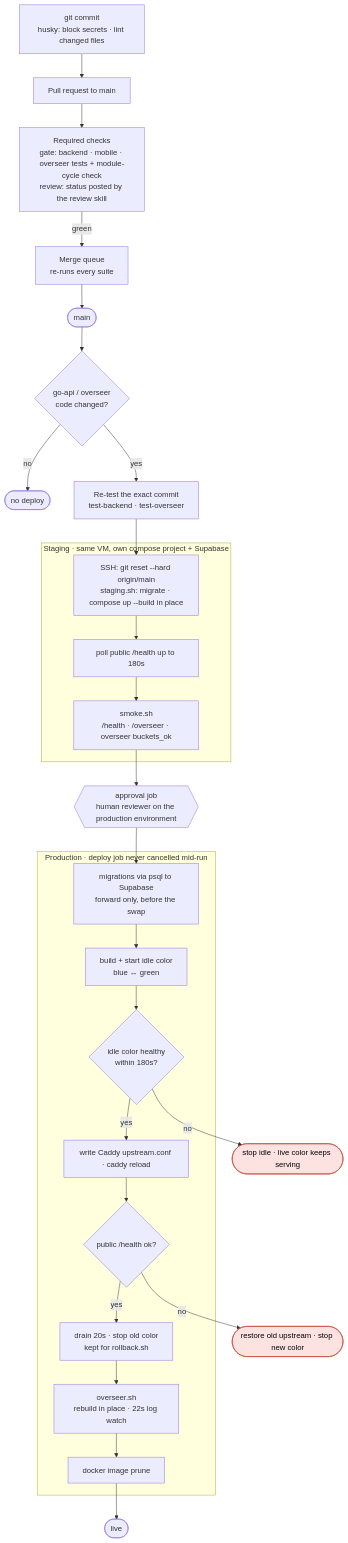
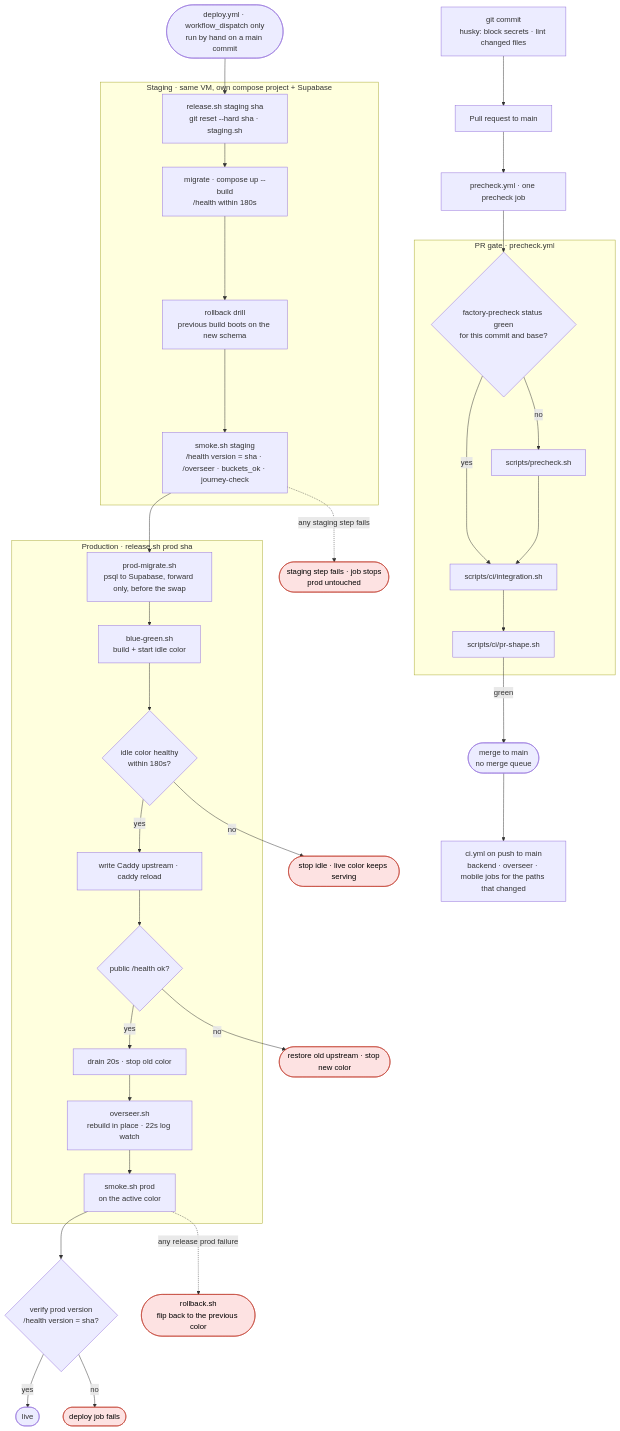
One commit to aleburrascano/altune changed the first of 2 diagrams in docs/diagrams/delivery.md. Above: the diagram before and after it, drawn with Mermaid. The commit also changed other lines of this file and 109 other files, not shown here.

````diff
--- a/docs/diagrams/delivery.md
+++ b/docs/diagrams/delivery.md
@@ -7,42 +7,59 @@
 ```mermaid
 flowchart TD
     commit["git commit<br/>husky: block secrets · lint changed files"] --> pr["Pull request to main"]
-    pr --> gate["Required checks<br/>gate: backend · mobile · overseer tests + module-cycle check<br/>review: status posted by the review skill"]
-    gate -->|green| mq["Merge queue<br/>re-runs every suite"]
-    mq --> main(["main"])
-    main --> changed{"go-api / overseer<br/>code changed?"}
-    changed -->|no| skip(["no deploy"])
-    changed -->|yes| retest["Re-test the exact commit<br/>test-backend · test-overseer"]
+    pr --> precheck["precheck.yml · one precheck job"]
+
+    subgraph gate [PR gate · precheck.yml]
+        trusted{"factory-precheck status green<br/>for this commit and base?"}
+        full["scripts/precheck.sh"]
+        integ["scripts/ci/integration.sh"]
+        shape["scripts/ci/pr-shape.sh"]
+        trusted -->|yes| integ
+        trusted -->|no| full --> integ --> shape
+    end
+
+    precheck --> trusted
+    shape -->|green| main(["merge to main<br/>no merge queue"])
+    main --> ci["ci.yml on push to main<br/>backend · overseer · mobile jobs for the paths that changed"]
+
+    dispatch(["deploy.yml · workflow_dispatch only<br/>run by hand on a main commit"])
 
     subgraph staging [Staging · same VM, own compose project + Supabase]
-        st_deploy["SSH: git reset --hard origin/main<br/>staging.sh: migrate · compose up --build in place"]
-        st_health["poll public /health up to 180s"]
-        smoke["smoke.sh<br/>/health · /overseer · overseer buckets_ok"]
-        st_deploy --> st_health --> smoke
+        st_release["release.sh staging sha<br/>git reset --hard sha · staging.sh"]
+        st_up["migrate · compose up --build<br/>/health within 180s"]
+        drill["rollback drill<br/>previous build boots on the new schema"]
+        smoke["smoke.sh staging<br/>/health version = sha · /overseer · buckets_ok · journey-check"]
+        st_release --> st_up --> drill --> smoke
     end
 
-    retest --> st_deploy
-    smoke --> approve{{"approval job<br/>human reviewer on the production environment"}}
+    dispatch --> st_release
 
-    subgraph live_env [Production · deploy job never cancelled mid-run]
-        migrate["migrations via psql to Supabase<br/>forward only, before the swap"]
-        build["build + start idle color<br/>blue ↔ green"]
+    subgraph live_env [Production · release.sh prod sha]
+        migrate["prod-migrate.sh<br/>psql to Supabase, forward only, before the swap"]
+        build["blue-green.sh<br/>build + start idle color"]
         healthy{"idle color healthy<br/>within 180s?"}
-        flip["write Caddy upstream.conf · caddy reload"]
+        flip["write Caddy upstream · caddy reload"]
         verify{"public /health ok?"}
-        drain["drain 20s · stop old color<br/>kept for rollback.sh"]
+        drain["drain 20s · stop old color"]
         overseer["overseer.sh<br/>rebuild in place · 22s log watch"]
-        prune["docker image prune"]
+        psmoke["smoke.sh prod<br/>on the active color"]
         migrate --> build --> healthy
         healthy -->|yes| flip --> verify
-        verify -->|yes| drain --> overseer --> prune
+        verify -->|yes| drain --> overseer --> psmoke
     end
 
-    approve --> migrate
+    smoke --> migrate
+    psmoke --> version{"verify prod version<br/>/health version = sha?"}
+    version -->|yes| done(["live"])
+
+    st_fail(["staging step fails · job stops<br/>prod untouched"])
+    smoke -.->|any staging step fails| st_fail
     healthy -->|no| keep(["stop idle · live color keeps serving"])
     verify -->|no| restore(["restore old upstream · stop new color"])
-    prune --> done(["live"])
+    rollback(["rollback.sh<br/>flip back to the previous color"])
+    psmoke -.->|any release prod failure| rollback
+    version -->|no| vfail(["deploy job fails"])
 
     classDef fail fill:#fde2e2,stroke:#c0392b,color:#000
-    class keep,restore fail
+    class keep,restore,rollback,st_fail,vfail fail
 ```
````
